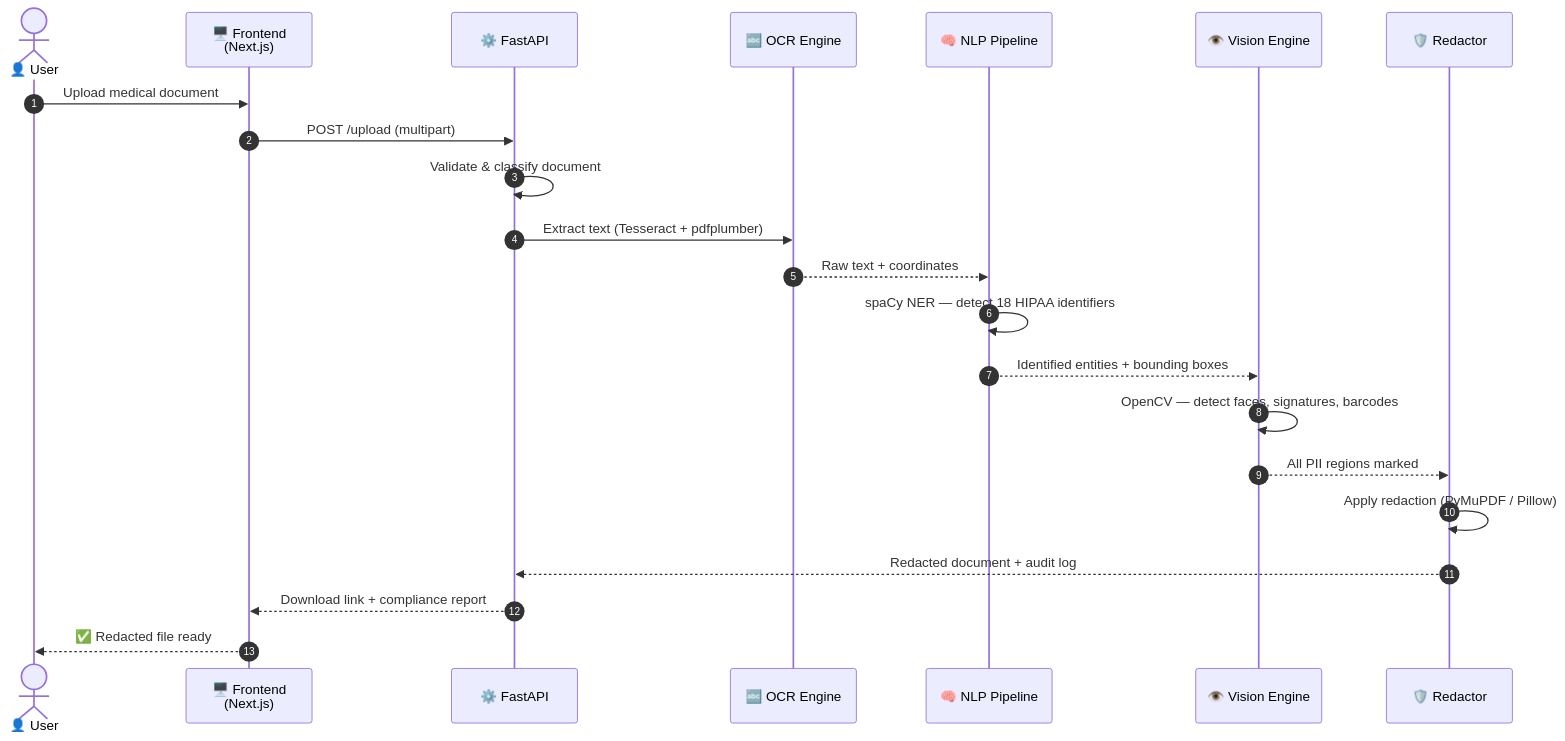
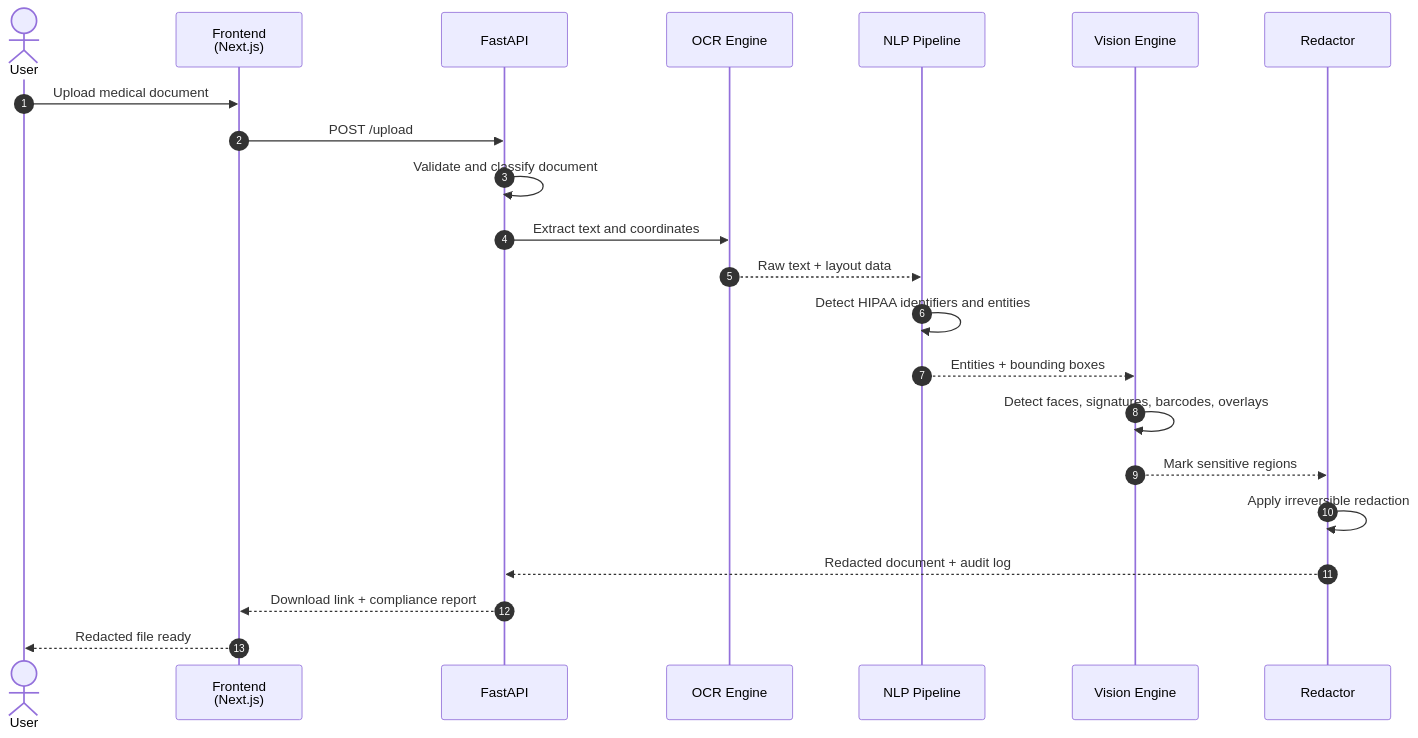
The second of 4 diagrams in README.md (vedantjn27/Medvault-Medical-Privacy-Protection-Pipeline-final-implementation), drawn with Mermaid before and after one commit. The commit also changed other lines of this file, not shown here.

````diff
--- a/README.md
+++ b/README.md
@@ -183,25 +173,25 @@
 ```mermaid
 sequenceDiagram
     autonumber
-    actor User as 👤 User
-    participant FE as 🖥️ Frontend<br/>(Next.js)
-    participant API as ⚙️ FastAPI
-    participant OCR as 🔤 OCR Engine
-    participant NLP as 🧠 NLP Pipeline
-    participant CV as 👁️ Vision Engine
-    participant RED as 🛡️ Redactor
+    actor User
+    participant FE as Frontend<br/>(Next.js)
+    participant API as FastAPI
+    participant OCR as OCR Engine
+    participant NLP as NLP Pipeline
+    participant CV as Vision Engine
+    participant RED as Redactor
 
     User->>FE: Upload medical document
-    FE->>API: POST /upload (multipart)
-    API->>API: Validate & classify document
-    API->>OCR: Extract text (Tesseract + pdfplumber)
-    OCR-->>NLP: Raw text + coordinates
-    NLP->>NLP: spaCy NER — detect 18 HIPAA identifiers
-    NLP-->>CV: Identified entities + bounding boxes
-    CV->>CV: OpenCV — detect faces, signatures, barcodes
-    CV-->>RED: All PII regions marked
-    RED->>RED: Apply redaction (PyMuPDF / Pillow)
+    FE->>API: POST /upload
+    API->>API: Validate and classify document
+    API->>OCR: Extract text and coordinates
+    OCR-->>NLP: Raw text + layout data
+    NLP->>NLP: Detect HIPAA identifiers and entities
+    NLP-->>CV: Entities + bounding boxes
+    CV->>CV: Detect faces, signatures, barcodes, overlays
+    CV-->>RED: Mark sensitive regions
+    RED->>RED: Apply irreversible redaction
     RED-->>API: Redacted document + audit log
     API-->>FE: Download link + compliance report
-    FE-->>User: ✅ Redacted file ready
+    FE-->>User: Redacted file ready
 ```
````
